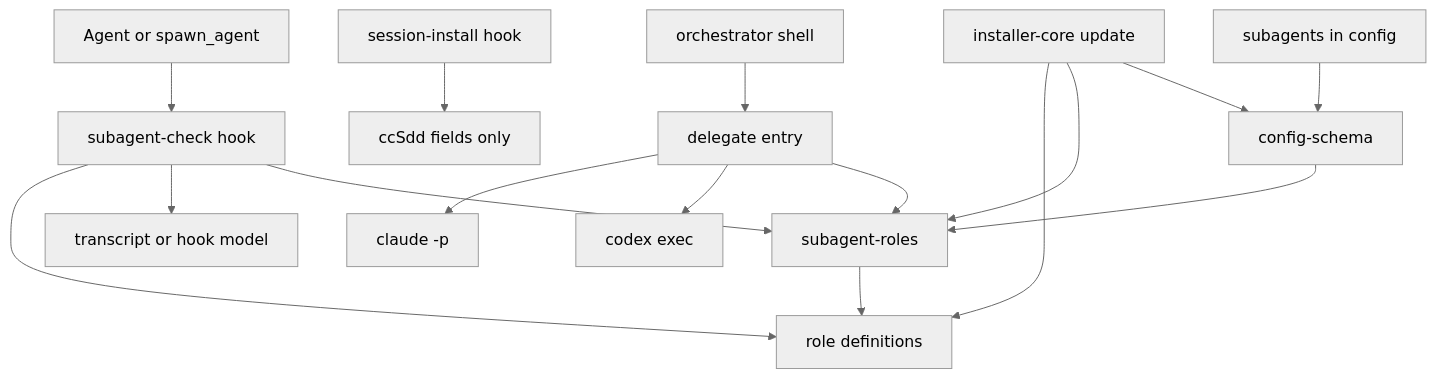
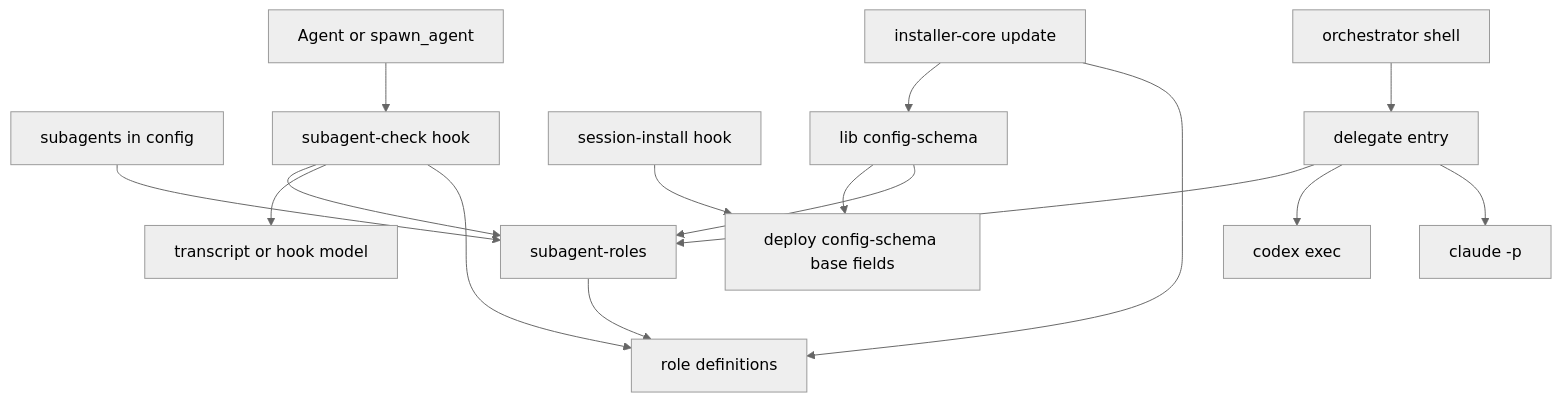
The first of 4 diagrams in .kiro/specs/subagent-delegation/design.md (nekono-dev/cc-sdd-bootstrap), drawn with Mermaid (neutral theme) before and after one commit. The commit also changed other lines of this file and 2 other files, not shown here.

Commit message:
subagent-delegation: 設計レビューの指摘（定義にモデルを書かない、壊れた設定では子を起動しない、項目定義の切り離し）を反映する

````diff
--- a/.kiro/specs/subagent-delegation/design.md
+++ b/.kiro/specs/subagent-delegation/design.md
@@ -56,18 +57,18 @@
 ```mermaid
 graph TB
-    Config[subagents in config] --> Schema[config-schema]
-    Schema --> Roles[subagent-roles]
+    Config[subagents in config] --> Roles[subagent-roles]
     Roles --> Generated[role definitions]
-    InstallerCore[installer-core update] --> Schema
-    InstallerCore --> Roles
+    InstallerCore[installer-core update] --> LibSchema[lib config-schema]
+    LibSchema --> BaseSchema[deploy config-schema base fields]
+    LibSchema --> Roles
     InstallerCore --> Generated
-    SessionInstall[session-install hook] --> SchemaInstall[ccSdd fields only]
+    SessionInstall[session-install hook] --> BaseSchema
     AgentTool[Agent or spawn_agent] --> Check[subagent-check hook]
     Check --> Roles
     Check --> Transcript[transcript or hook model]
     Check --> Generated
     Orchestrator[orchestrator shell] --> Delegate[delegate entry]
     Delegate --> Roles
     Delegate --> CodexCli[codex exec]
     Delegate --> ClaudeCli[claude -p]
 ```
````
